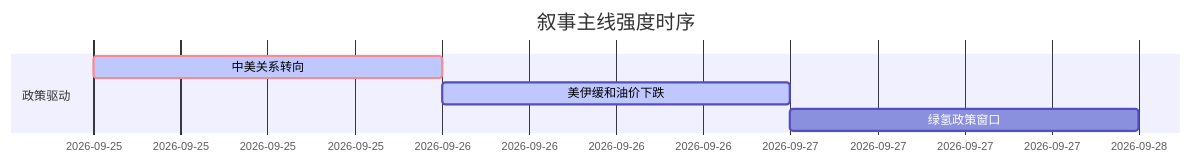
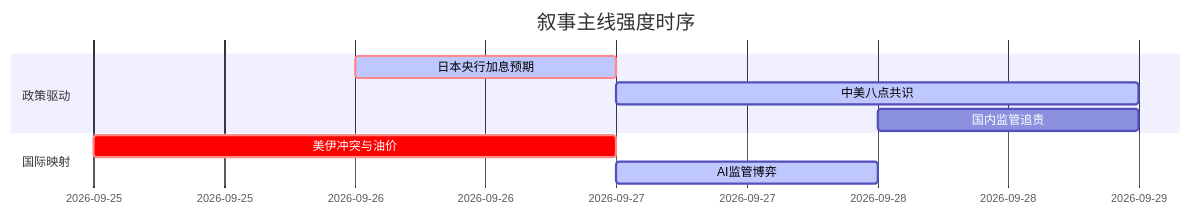
The diagram in 5day_report.md (uu5zn/uu5zn.github.io), drawn with Mermaid before and after one commit. The commit also changed other lines of this file and 24 other files, not shown here.

````diff
--- a/5day_report.md
+++ b/5day_report.md
@@ -55,9 +56,13 @@
 ```mermaid
 gantt
     title 叙事主线强度时序
-    dateFormat  YYYY-MM-DD
+    dateFormat YYYY-MM-DD
     section 政策驱动
-    中美关系转向      :crit, active, 2026-09-25, 1d
-    美伊缓和油价下跌   :active, 2026-09-26, 1d
-    绿氢政策窗口       :2026-09-27, 1d
+    日本央行加息预期   :crit, active, 2026-09-26, 1d
+    中美八点共识       :active, 2026-09-27, 2d
+    国内监管追责       :2026-09-28, 1d
+    
+    section 国际映射
+    美伊冲突与油价     :crit, 2026-09-25, 2d
+    AI监管博弈         :active, 2026-09-27, 1d
 ```
````
